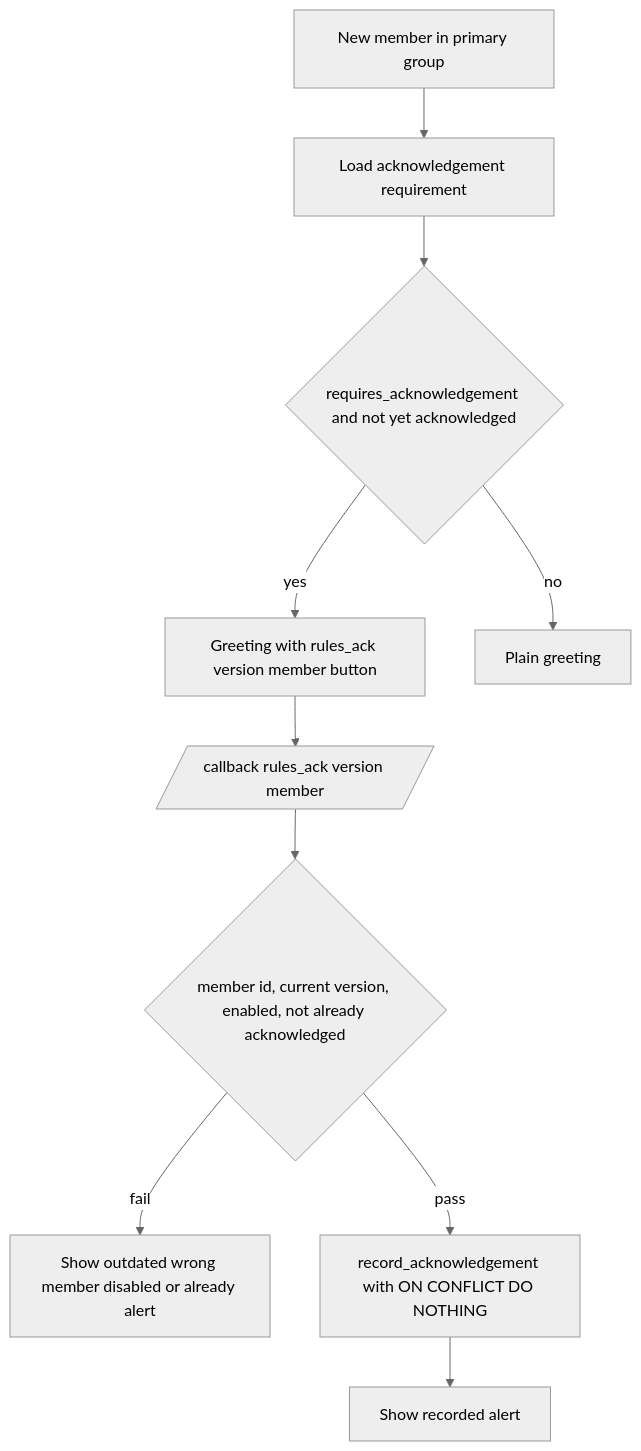
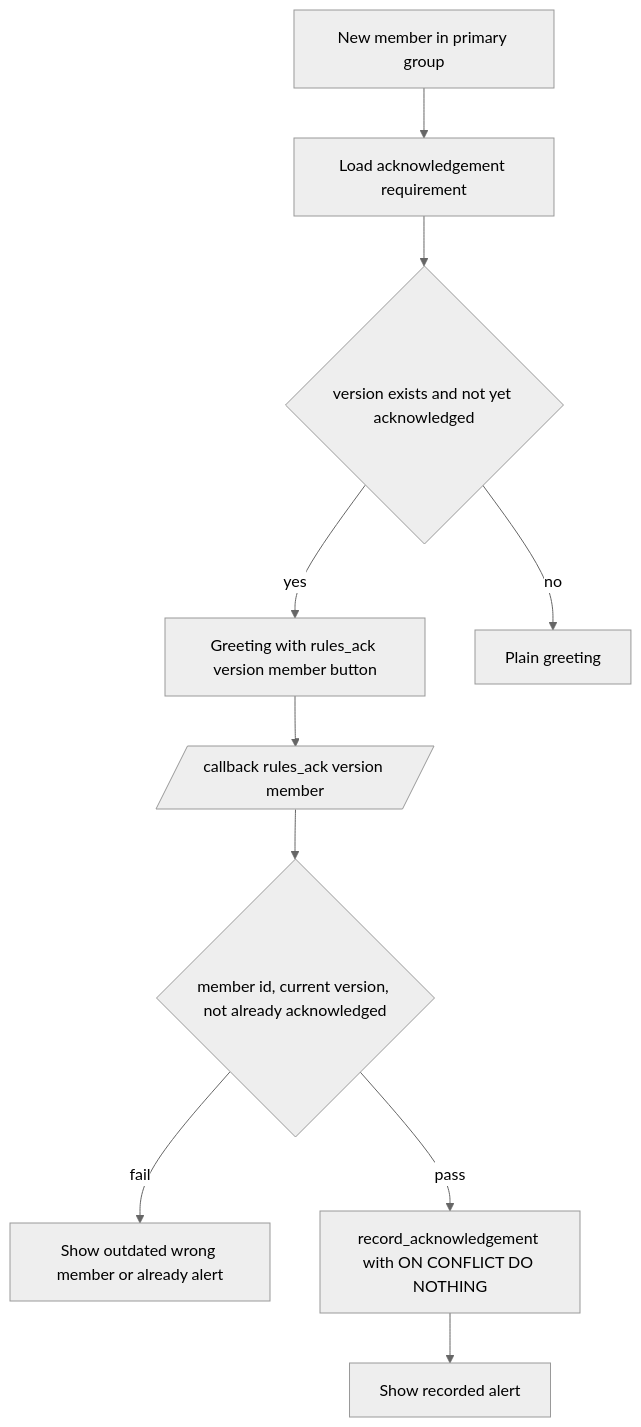
One commit to D1ZZY4/tcbot changed the third of 3 diagrams in docs/flows/rules.md. Above: the diagram before and after it, drawn with Mermaid (neutral theme). The commit also changed other lines of this file and 12 other files, not shown here.

````diff
--- a/docs/flows/rules.md
+++ b/docs/flows/rules.md
@@ -141,12 +141,12 @@
 ```mermaid
 flowchart TD
     J[New member in primary group] --> V[Load acknowledgement requirement]
-    V --> Q{requires_acknowledgement and not yet acknowledged}
+    V --> Q{version exists and not yet acknowledged}
     Q -->|yes| BTN[Greeting with rules_ack version member button]
     Q -->|no| W[Plain greeting]
     BTN --> TAP[/callback rules_ack version member/]
-    TAP --> CHK{member id, current version, enabled, not already acknowledged}
-    CHK -->|fail| ALERT[Show outdated wrong member disabled or already alert]
+    TAP --> CHK{member id, current version, not already acknowledged}
+    CHK -->|fail| ALERT[Show outdated wrong member or already alert]
     CHK -->|pass| REC[record_acknowledgement with ON CONFLICT DO NOTHING]
     REC --> OK[Show recorded alert]
 ```
````
